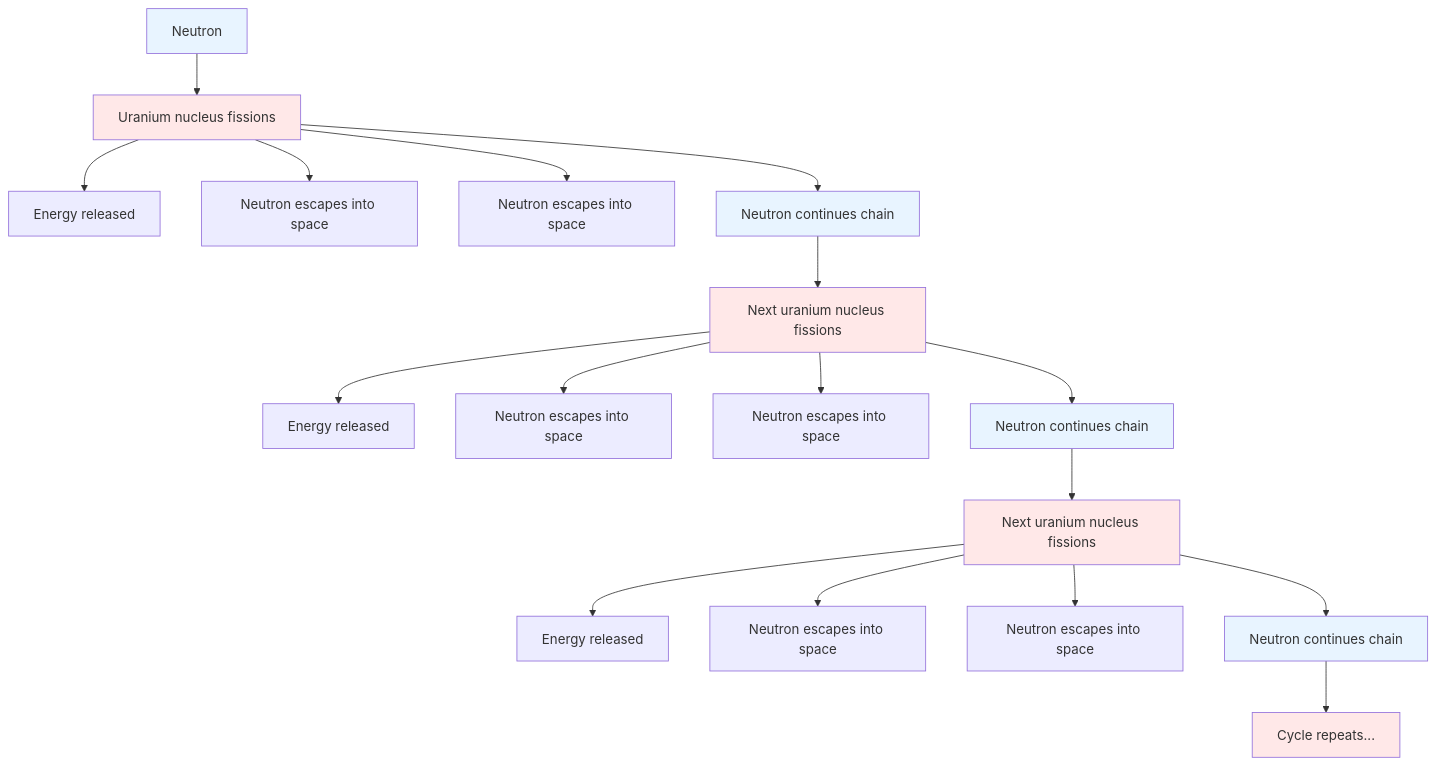
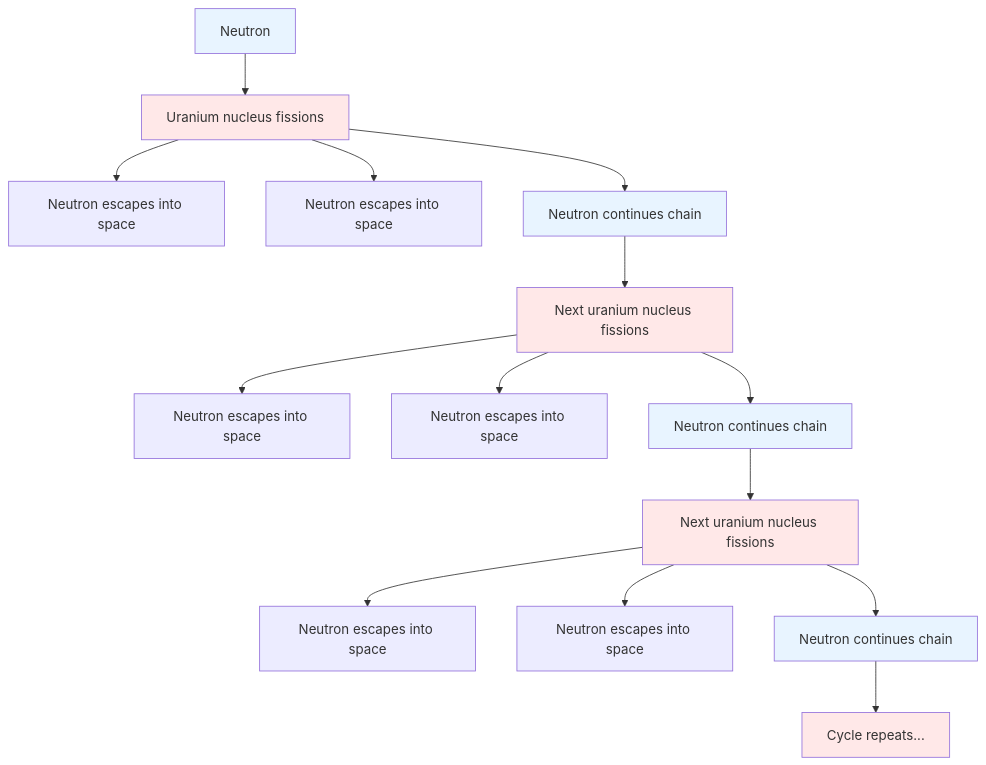
Before and after one commit to MengerSponge/PHYS4130-S26: the diagram in FinalProjects/Cordell/ReadMe.md, drawn with Mermaid. The commit also changed 1 other file, not shown here.

Commit message:
Changed plot
Changed mermaid plot

````diff
--- a/FinalProjects/Cordell/ReadMe.md
+++ b/FinalProjects/Cordell/ReadMe.md
@@ -9,35 +9,32 @@
 ```mermaid
 flowchart TD
     N0[Neutron] --> F1[Uranium nucleus fissions]
 
-    F1 --> E1[Energy released]
     F1 --> A1[Neutron escapes into space]
     F1 --> A2[Neutron escapes into space]
     F1 --> N1[Neutron continues chain]
 
     N1 --> F2[Next uranium nucleus fissions]
 
-    F2 --> E2[Energy released]
     F2 --> B1[Neutron escapes into space]
     F2 --> B2[Neutron escapes into space]
     F2 --> N2[Neutron continues chain]
 
     N2 --> F3[Next uranium nucleus fissions]
 
-    F3 --> E3[Energy released]
     F3 --> C1[Neutron escapes into space]
     F3 --> C2[Neutron escapes into space]
     F3 --> N3[Neutron continues chain]
 
     N3 --> F4[Cycle repeats...]
 
     style N0 fill:#e8f4ff
     style N1 fill:#e8f4ff
     style N2 fill:#e8f4ff
     style N3 fill:#e8f4ff
 
     style F1 fill:#ffe8e8
     style F2 fill:#ffe8e8
     style F3 fill:#ffe8e8
     style F4 fill:#ffe8e8
 ```
````
